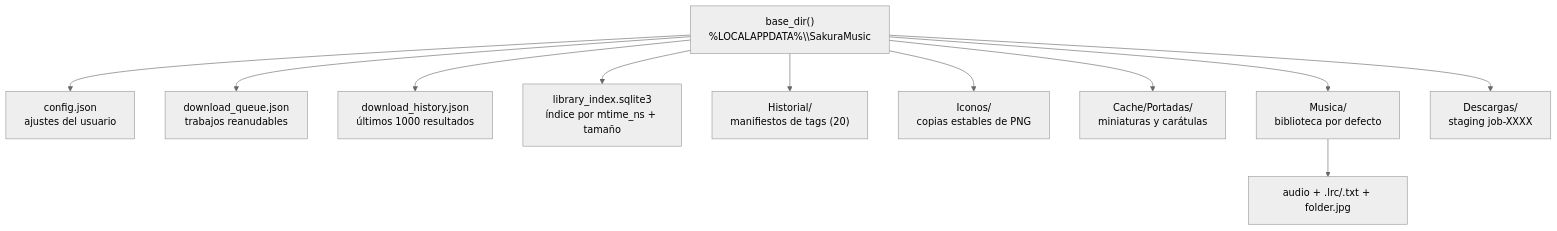
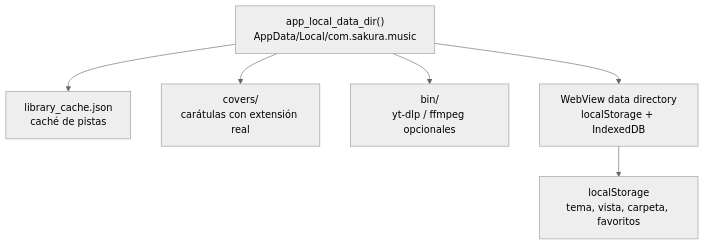
One commit to YordanoCS1/sakura-music changed the third of 6 diagrams in docs/arquitectura.md. Above: the diagram before and after it, drawn with Mermaid (neutral theme). The commit also changed other lines of this file and 67 other files, not shown here.

````diff
--- a/docs/arquitectura.md
+++ b/docs/arquitectura.md
@@ -178,14 +93,9 @@
 ```mermaid
 flowchart TB
-    BASE["base_dir()<br/>%LOCALAPPDATA%\\SakuraMusic"]
-    BASE --> CFG["config.json<br/>ajustes del usuario"]
-    BASE --> QUEUE["download_queue.json<br/>trabajos reanudables"]
-    BASE --> HIST["download_history.json<br/>últimos 1000 resultados"]
-    BASE --> IDX["library_index.sqlite3<br/>índice por mtime_ns + tamaño"]
-    BASE --> TAGS["Historial/<br/>manifiestos de tags (20)"]
-    BASE --> ICONS["Iconos/<br/>copias estables de PNG"]
-    BASE --> CACHE["Cache/Portadas/<br/>miniaturas y carátulas"]
-    BASE --> MUSIC["Musica/<br/>biblioteca por defecto"]
-    BASE --> DL["Descargas/<br/>staging job-XXXX"]
-    MUSIC --> TRACKS["audio + .lrc/.txt + folder.jpg"]
+    BASE["app_local_data_dir()<br/>AppData/Local/com.sakura.music"]
+    BASE --> CACHE["library_cache.json<br/>caché de pistas"]
+    BASE --> COVERS["covers/<br/>carátulas con extensión real"]
+    BASE --> BIN["bin/<br/>yt-dlp / ffmpeg opcionales"]
+    BASE --> WEB["WebView data directory<br/>localStorage + IndexedDB"]
+    WEB --> PREF["localStorage<br/>tema, vista, carpeta, favoritos"]
 ```
````
